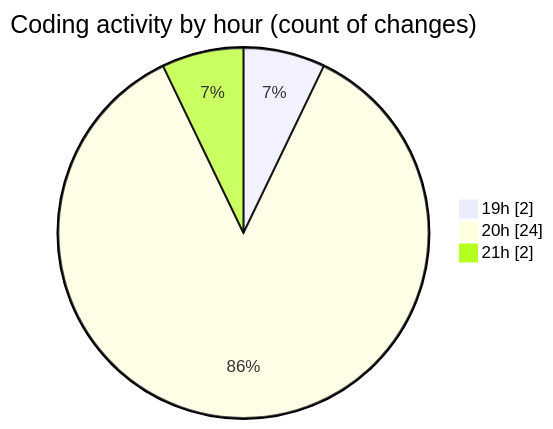
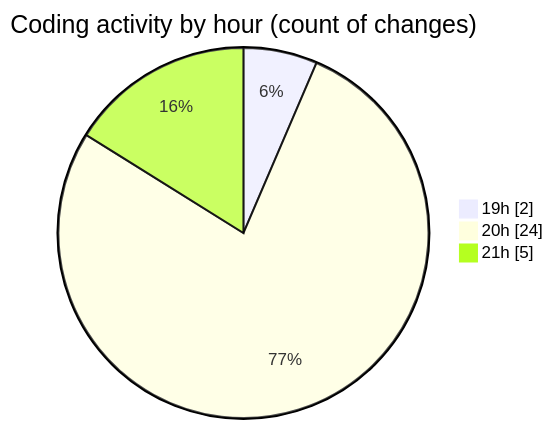
Before and after one commit to idhammustaqopulfikri/code-tracking: the second of 2 diagrams in 2025-04-13/autodidak/README.md, drawn with Mermaid. The commit also changed other lines of this file and 1 other file, not shown here.

````diff
--- a/2025-04-13/autodidak/README.md
+++ b/2025-04-13/autodidak/README.md
@@ -36,7 +36,7 @@
 ```mermaid
 pie showData
 title Coding activity by hour (count of changes)
 "19h" : 2
 "20h" : 24
-"21h" : 2
+"21h" : 5
 ```
````
